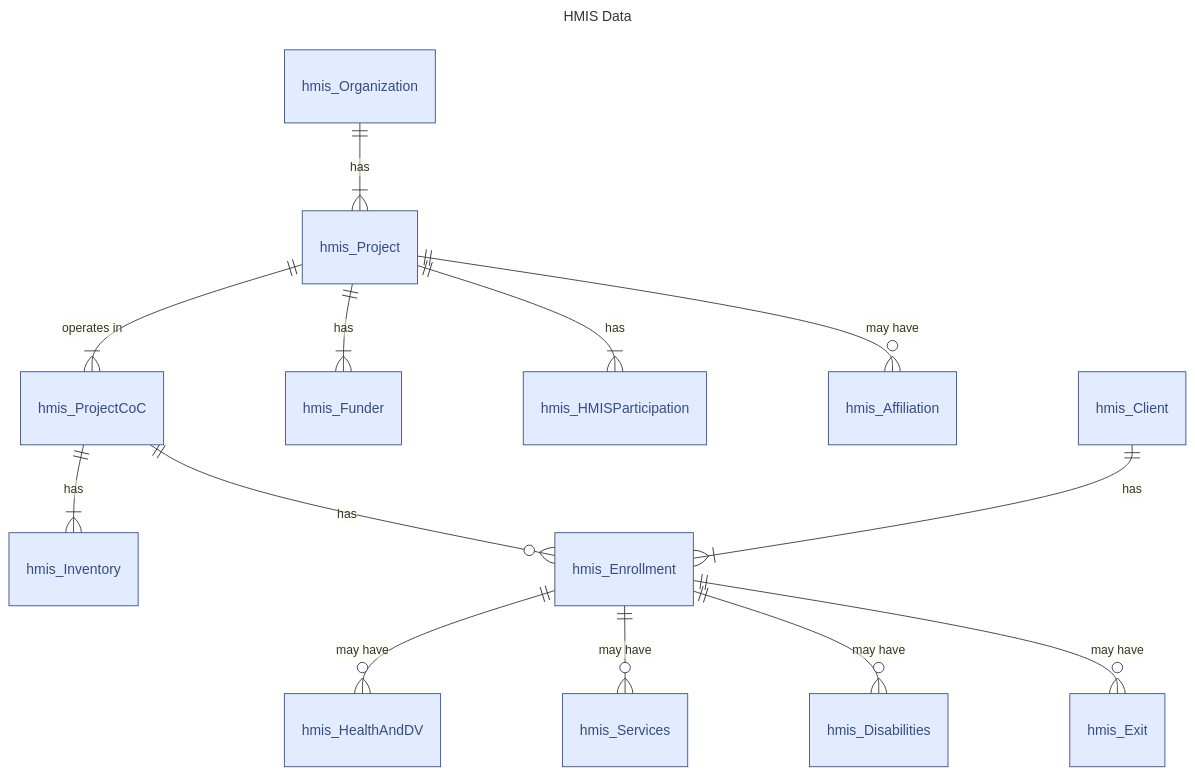
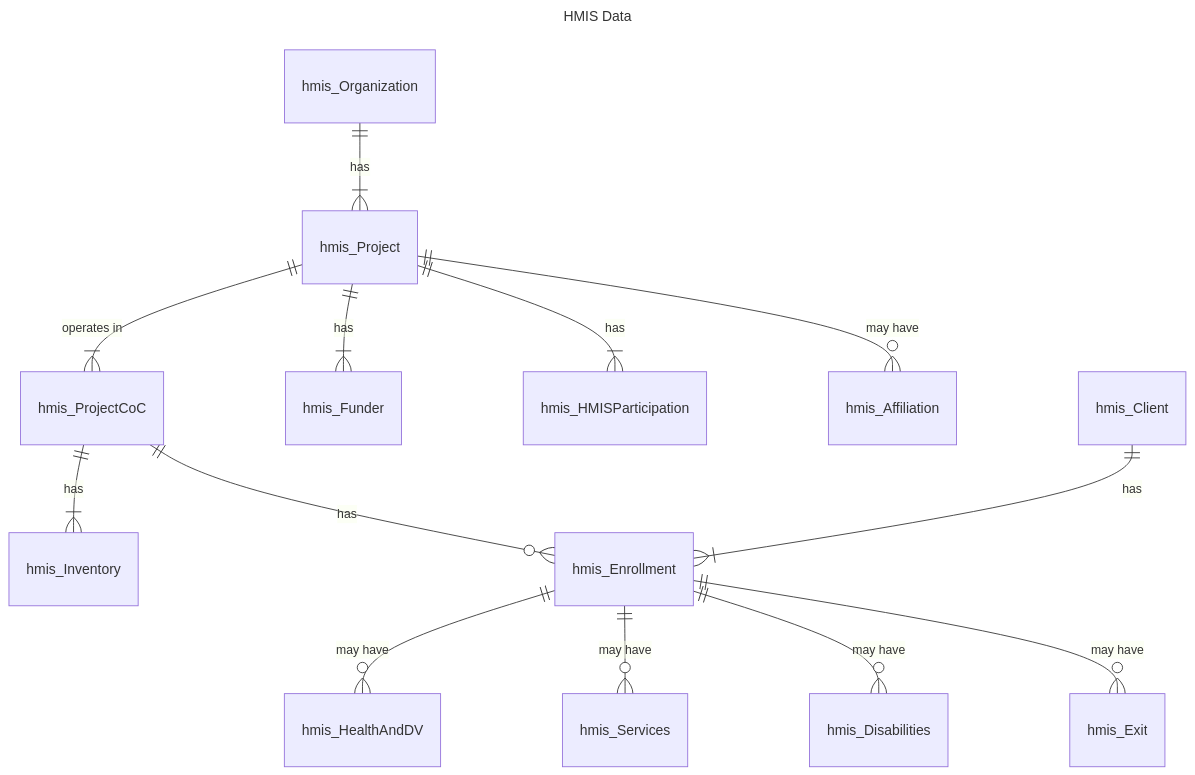
Before and after one commit to MollyMcEvilley/Matilda: the first of 5 diagrams in docs/03 - Core Concepts and Data Universe.md, drawn with Mermaid. The commit also changed other lines of this file and 1 other file, not shown here.

````diff
--- a/docs/03 - Core Concepts and Data Universe.md
+++ b/docs/03 - Core Concepts and Data Universe.md
@@ -16,22 +16,20 @@
 ``` mermaid
 ---
 title: HMIS Data
 ---
 
 erDiagram
     hmis_Organization ||--|{ hmis_Project : has
     hmis_Project ||--|{ hmis_ProjectCoC : "operates in"
     hmis_Project ||--|{ hmis_Funder : has
     hmis_Project ||--|{ hmis_HMISParticipation : has
     hmis_Project ||--o{ hmis_Affiliation : "may have"
     hmis_ProjectCoC ||--|{ hmis_Inventory : has
     hmis_ProjectCoC ||--o{ hmis_Enrollment : has
     hmis_Client ||--|{ hmis_Enrollment : has
     hmis_Enrollment ||--o{ hmis_HealthAndDV : "may have"
     hmis_Enrollment ||--o{ hmis_Services : "may have"
     hmis_Enrollment ||--o{ hmis_Disabilities : "may have"
     hmis_Enrollment ||--o{ hmis_Exit : "may have"
 
-    classDef default stroke:#374D7C, fill:#E2EBFF, color:#374D7C
-
 ```
````
